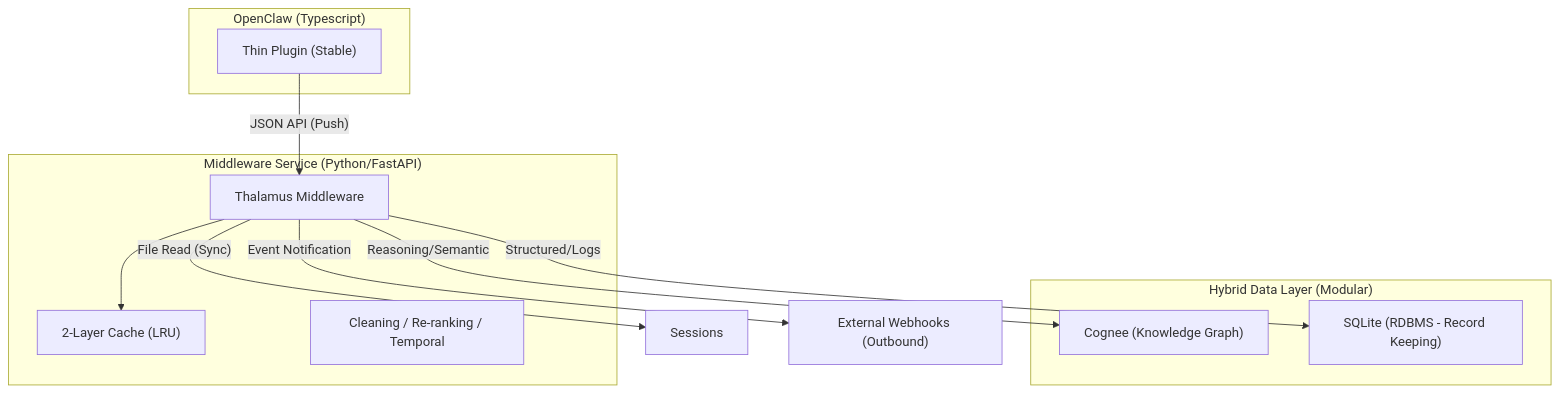
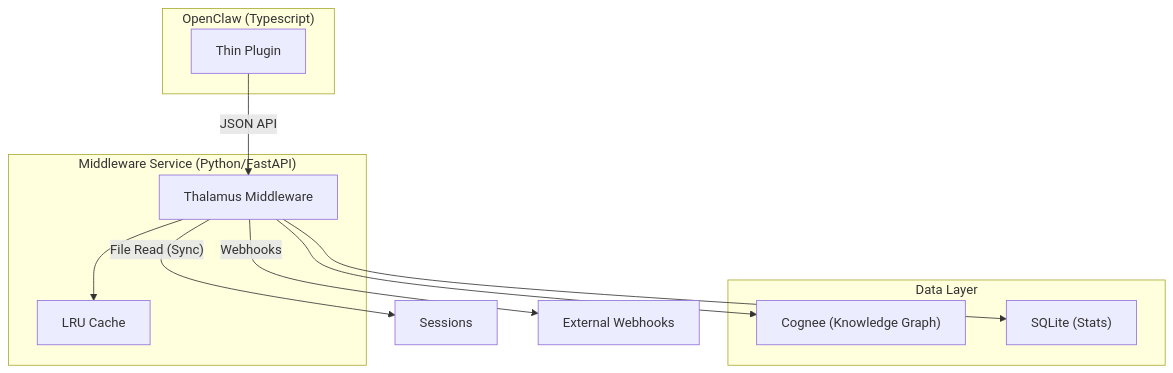
Before and after one commit to JuanHuaXu/thalamus: the second of 3 diagrams in docs/architecture.md, drawn with Mermaid. The commit also changed other lines of this file and 3 other files, not shown here.

````diff
--- a/docs/architecture.md
+++ b/docs/architecture.md
@@ -33,24 +33,23 @@
 ```mermaid
 graph TD
     subgraph "OpenClaw (Typescript)"
-        OC_P["Thin Plugin (Stable)"]
+        OC_P["Thin Plugin"]
     end
     
     subgraph "Middleware Service (Python/FastAPI)"
         MW["Thalamus Middleware"]
-        Cache["2-Layer Cache (LRU)"]
-        Logic["Cleaning / Re-ranking / Temporal"]
+        Cache["LRU Cache"]
     end
     
-    subgraph "Hybrid Data Layer (Modular)"
+    subgraph "Data Layer"
         CG["Cognee (Knowledge Graph)"]
-        PG["SQLite (RDBMS - Record Keeping)"]
+        PG["SQLite (Stats)"]
     end
 
-    OC_P -- "JSON API (Push)" --> MW
+    OC_P -- "JSON API" --> MW
     MW -- "File Read (Sync)" --> Sessions
     MW --> Cache
-    MW -- "Event Notification" --> Webhooks["External Webhooks (Outbound)"]
-    MW -- "Reasoning/Semantic" --> CG
-    MW -- "Structured/Logs" --> PG
+    MW -- "Webhooks" --> Webhooks["External Webhooks"]
+    MW --> CG
+    MW --> PG
 ```
````
